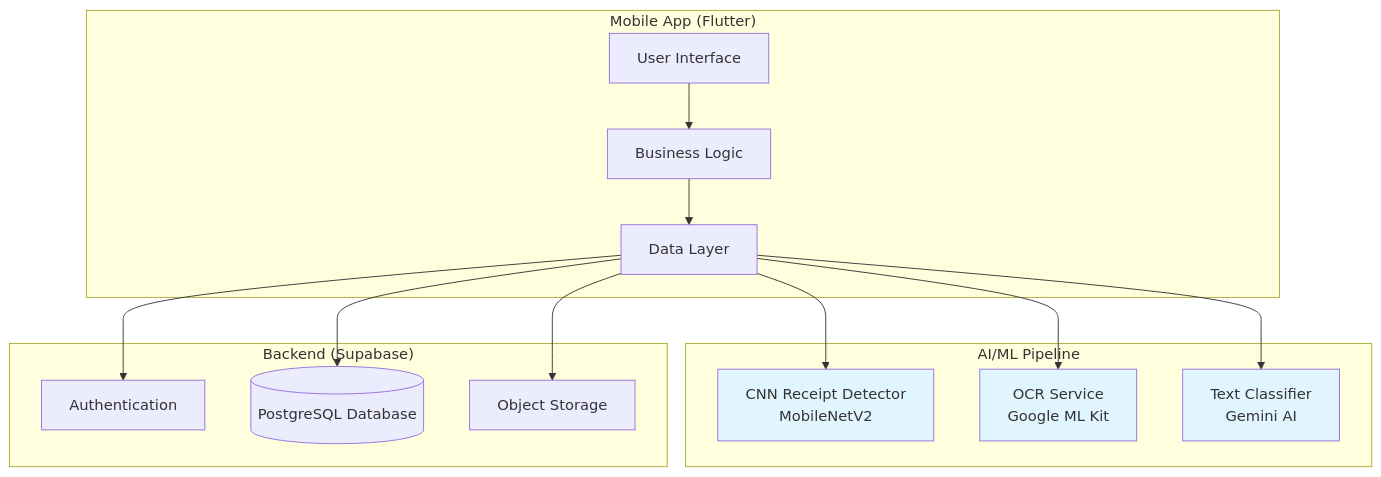
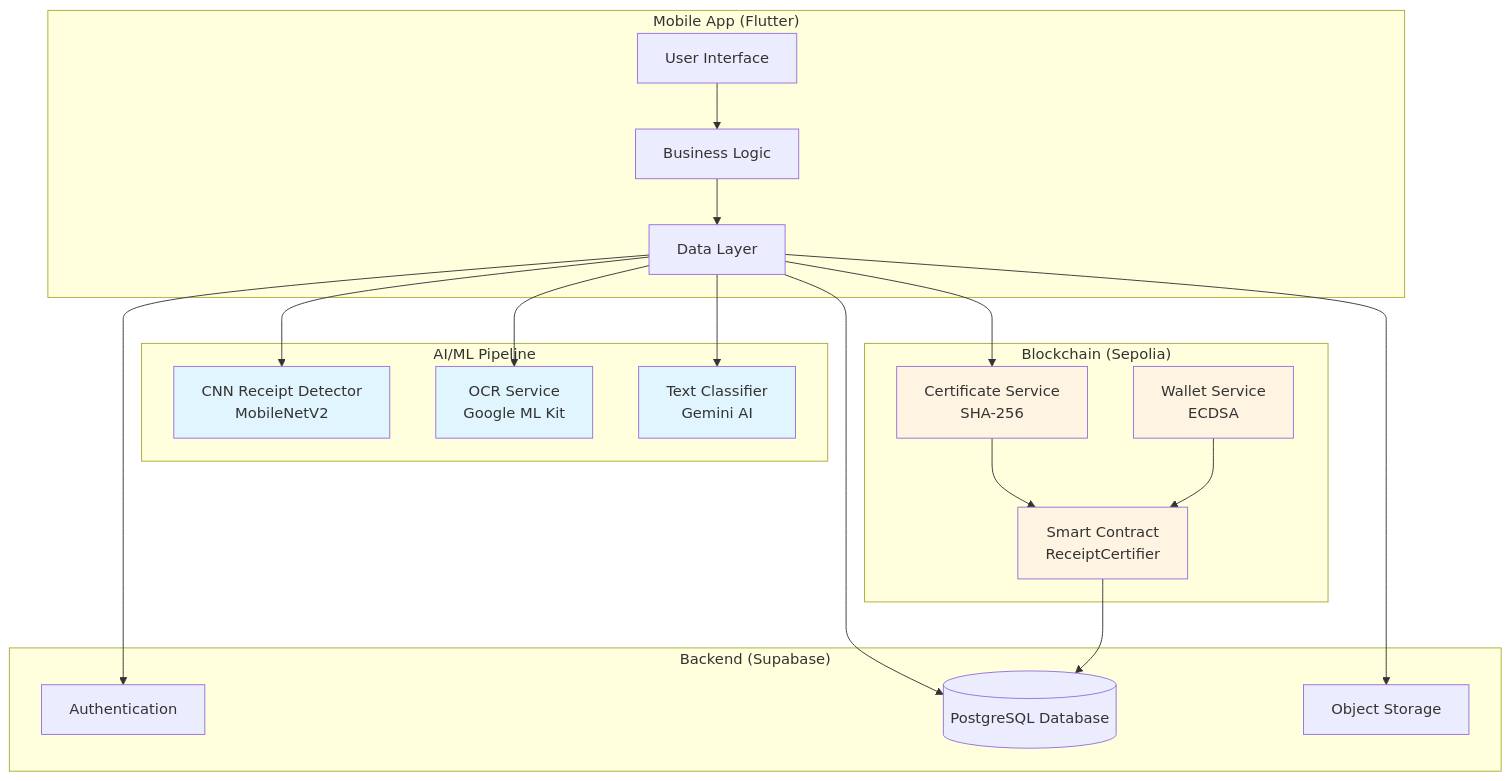
One commit to sara0411/TrustExpense changed the first of 6 diagrams in ARCHITECTURE.md. Above: the diagram before and after it, drawn with Mermaid. The commit also changed other lines of this file and 19 other files, not shown here.

````diff
--- a/ARCHITECTURE.md
+++ b/ARCHITECTURE.md
@@ -84,33 +113,46 @@
 ```mermaid
 graph TB
     subgraph "Mobile App (Flutter)"
         UI[User Interface]
         BL[Business Logic]
         DL[Data Layer]
     end
     
     subgraph "AI/ML Pipeline"
         CNN[CNN Receipt Detector<br/>MobileNetV2]
         OCR[OCR Service<br/>Google ML Kit]
         NLP[Text Classifier<br/>Gemini AI]
+    end
+    
+    subgraph "Blockchain (Sepolia)"
+        BC[Smart Contract<br/>ReceiptCertifier]
+        HASH[Certificate Service<br/>SHA-256]
+        WALLET[Wallet Service<br/>ECDSA]
     end
     
     subgraph "Backend (Supabase)"
         AUTH[Authentication]
         DB[(PostgreSQL Database)]
         STORAGE[Object Storage]
     end
     
     UI --> BL
     BL --> DL
     DL --> CNN
     DL --> OCR
     DL --> NLP
     DL --> AUTH
     DL --> DB
     DL --> STORAGE
+    DL --> HASH
+    HASH --> BC
+    WALLET --> BC
+    BC --> DB
     
     style CNN fill:#e1f5ff
     style OCR fill:#e1f5ff
     style NLP fill:#e1f5ff
+    style BC fill:#fff4e1
+    style HASH fill:#fff4e1
+    style WALLET fill:#fff4e1
 ```
````
